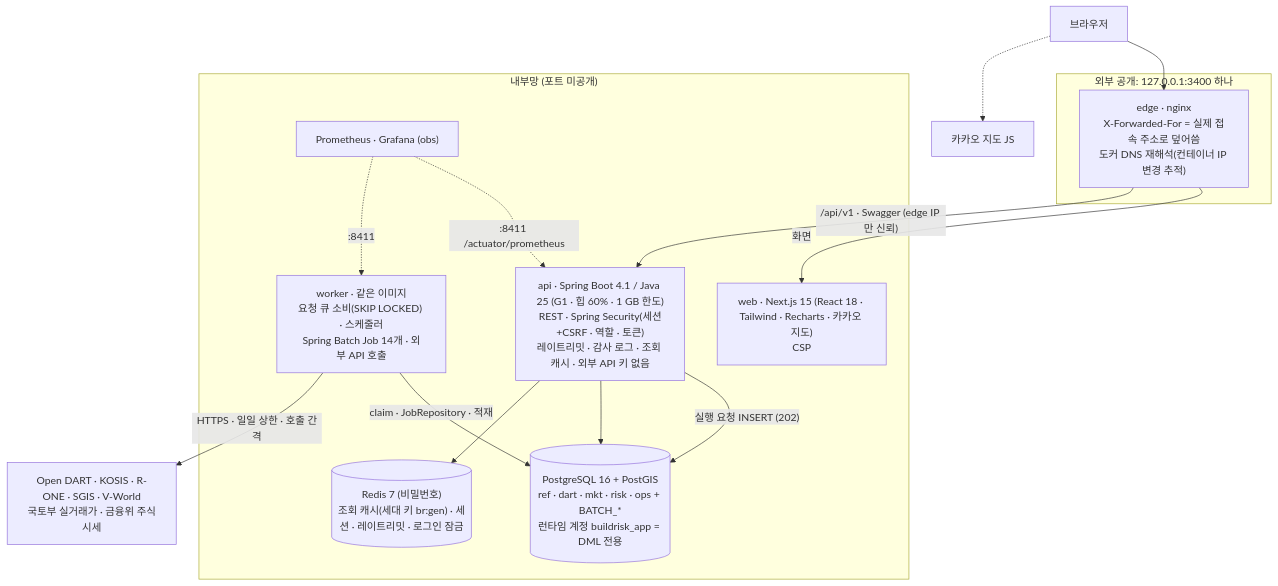
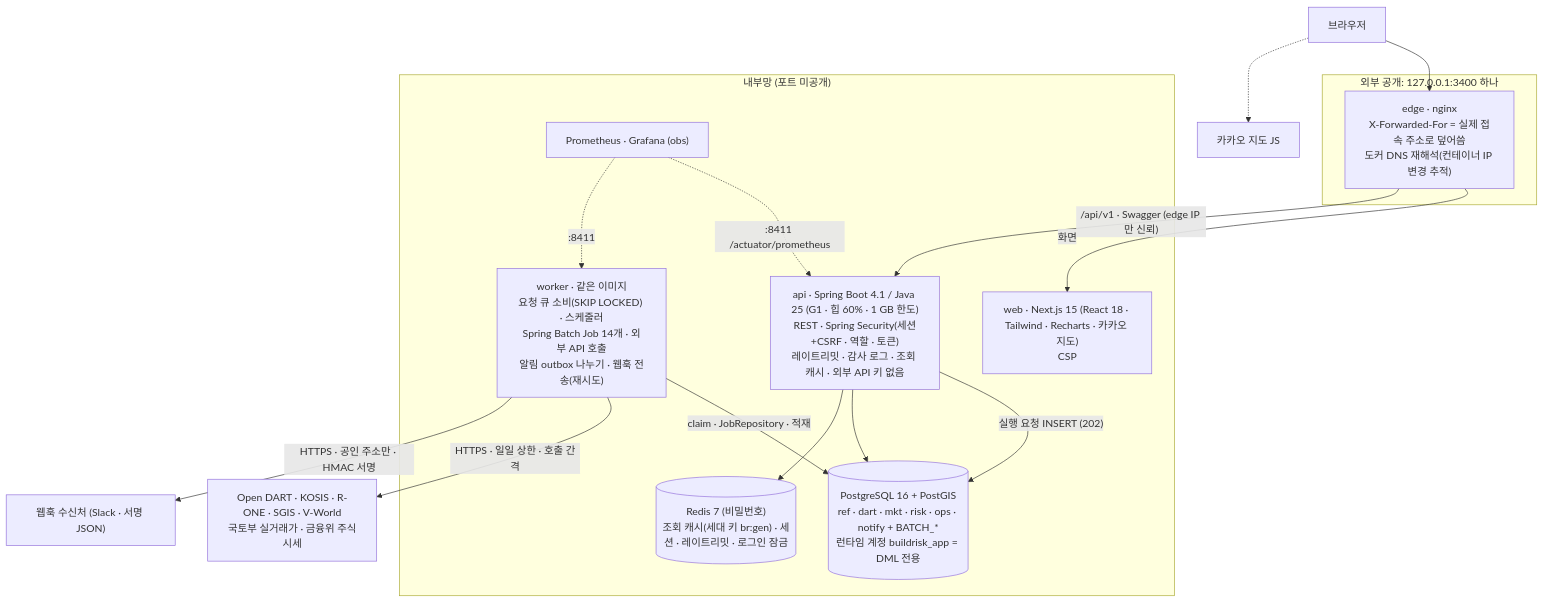
The first of 2 diagrams in README.md (Jinyoung-Kang/buildrisk-radar), drawn with Mermaid before and after one commit. The commit also changed other lines of this file and 35 other files, not shown here.

First line of the commit message:
feat(notify): 알림 — 경보와 같은 트랜잭션의 outbox, 알림함 · 서명된 웹훅 (문제 93)

````diff
--- a/README.md
+++ b/README.md
@@ -110,29 +114,31 @@
 ```mermaid
 flowchart TB
   user["브라우저"]
   subgraph edgezone["외부 공개: 127.0.0.1:3400 하나"]
     edge["edge · nginx<br/>X-Forwarded-For = 실제 접속 주소로 덮어씀<br/>도커 DNS 재해석(컨테이너 IP 변경 추적)"]
   end
   subgraph internal["내부망 (포트 미공개)"]
     web["web · Next.js 15 (React 18 · Tailwind · Recharts · 카카오 지도)<br/>CSP"]
     api["api · Spring Boot 4.1 / Java 25 (G1 · 힙 60% · 1 GB 한도)<br/>REST · Spring Security(세션+CSRF · 역할 · 토큰)<br/>레이트리밋 · 감사 로그 · 조회 캐시 · 외부 API 키 없음"]
-    worker["worker · 같은 이미지<br/>요청 큐 소비(SKIP LOCKED) · 스케줄러<br/>Spring Batch Job 14개 · 외부 API 호출"]
-    pg[("PostgreSQL 16 + PostGIS<br/>ref · dart · mkt · risk · ops + BATCH_*<br/>런타임 계정 buildrisk_app = DML 전용")]
+    worker["worker · 같은 이미지<br/>요청 큐 소비(SKIP LOCKED) · 스케줄러<br/>Spring Batch Job 14개 · 외부 API 호출<br/>알림 outbox 나누기 · 웹훅 전송(재시도)"]
+    pg[("PostgreSQL 16 + PostGIS<br/>ref · dart · mkt · risk · ops · notify + BATCH_*<br/>런타임 계정 buildrisk_app = DML 전용")]
     redis[("Redis 7 (비밀번호)<br/>조회 캐시(세대 키 br:gen) · 세션 · 레이트리밋 · 로그인 잠금")]
     prom["Prometheus · Grafana (obs)"]
   end
   ext["Open DART · KOSIS · R-ONE · SGIS · V-World<br/>국토부 실거래가 · 금융위 주식시세"]
+  hook["웹훅 수신처 (Slack · 서명 JSON)"]
   kakao["카카오 지도 JS"]
 
   user --> edge
   user -.-> kakao
   edge -- "화면" --> web
   edge -- "/api/v1 · Swagger (edge IP 만 신뢰)" --> api
   api -- "실행 요청 INSERT (202)" --> pg
   worker -- "claim · JobRepository · 적재" --> pg
   worker -- "HTTPS · 일일 상한 · 호출 간격" --> ext
+  worker -- "HTTPS · 공인 주소만 · HMAC 서명" --> hook
   api --> pg
   api --> redis
   prom -. ":8411 /actuator/prometheus" .-> api
   prom -. ":8411" .-> worker
 ```
````
